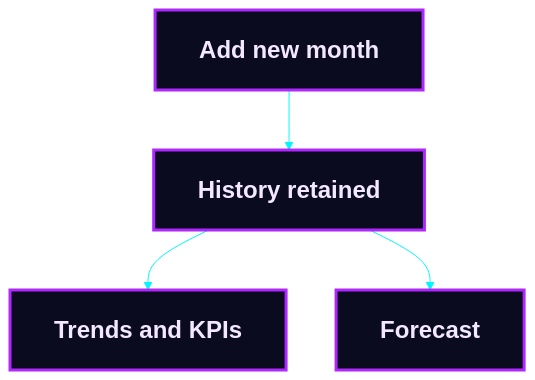
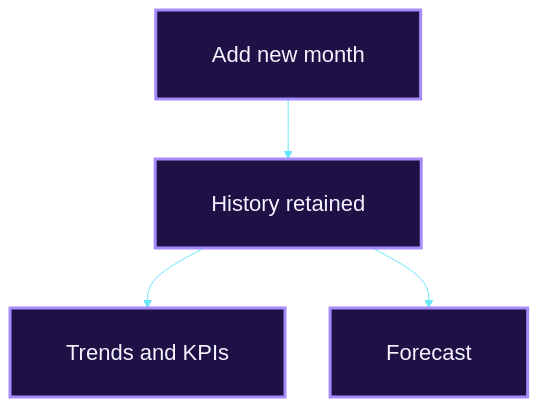
The sixth of 13 diagrams in README.md (Mansi232323/MANSHORA), drawn with Mermaid before and after one commit. The commit also changed other lines of this file, not shown here.

````diff
--- a/README.md
+++ b/README.md
@@ -230,9 +235,9 @@
 ```mermaid
-%%{init: {'theme':'base','themeVariables':{'fontSize':'24px','lineColor':'#00f5ff','clusterBkg':'#0b0b1f','clusterBorder':'#ff00e5','titleColor':'#ff00e5','edgeLabelBackground':'#0b0b1f'},'flowchart':{'nodeSpacing':50,'rankSpacing':60,'padding':22,'htmlLabels':true}}}%%
+%%{init: {'theme':'base','themeVariables':{'fontSize':'22px','fontFamily':'Arial, Helvetica, sans-serif','lineColor':'#67e8f9','clusterBkg':'#0f0f2b','clusterBorder':'#a78bfa','titleColor':'#e9d5ff','edgeLabelBackground':'#0f0f2b'},'flowchart':{'nodeSpacing':45,'rankSpacing':60,'padding':28,'htmlLabels':false,'useMaxWidth':true}}}%%
 flowchart TB
-    M["<b>Add new month</b>"] --> H["<b>History retained</b>"]
-    H --> T["<b>Trends and KPIs</b>"]
-    H --> F["<b>Forecast</b>"]
-    classDef a fill:#0b0b1f,stroke:#b026ff,stroke-width:3px,color:#f3e8ff
+    M["Add new month"] --> H["History retained"]
+    H --> T["Trends and KPIs"]
+    H --> F["Forecast"]
+    classDef a fill:#1e1145,stroke:#a78bfa,stroke-width:3px,color:#f5f3ff
     class M,H,T,F a
 ```
````
